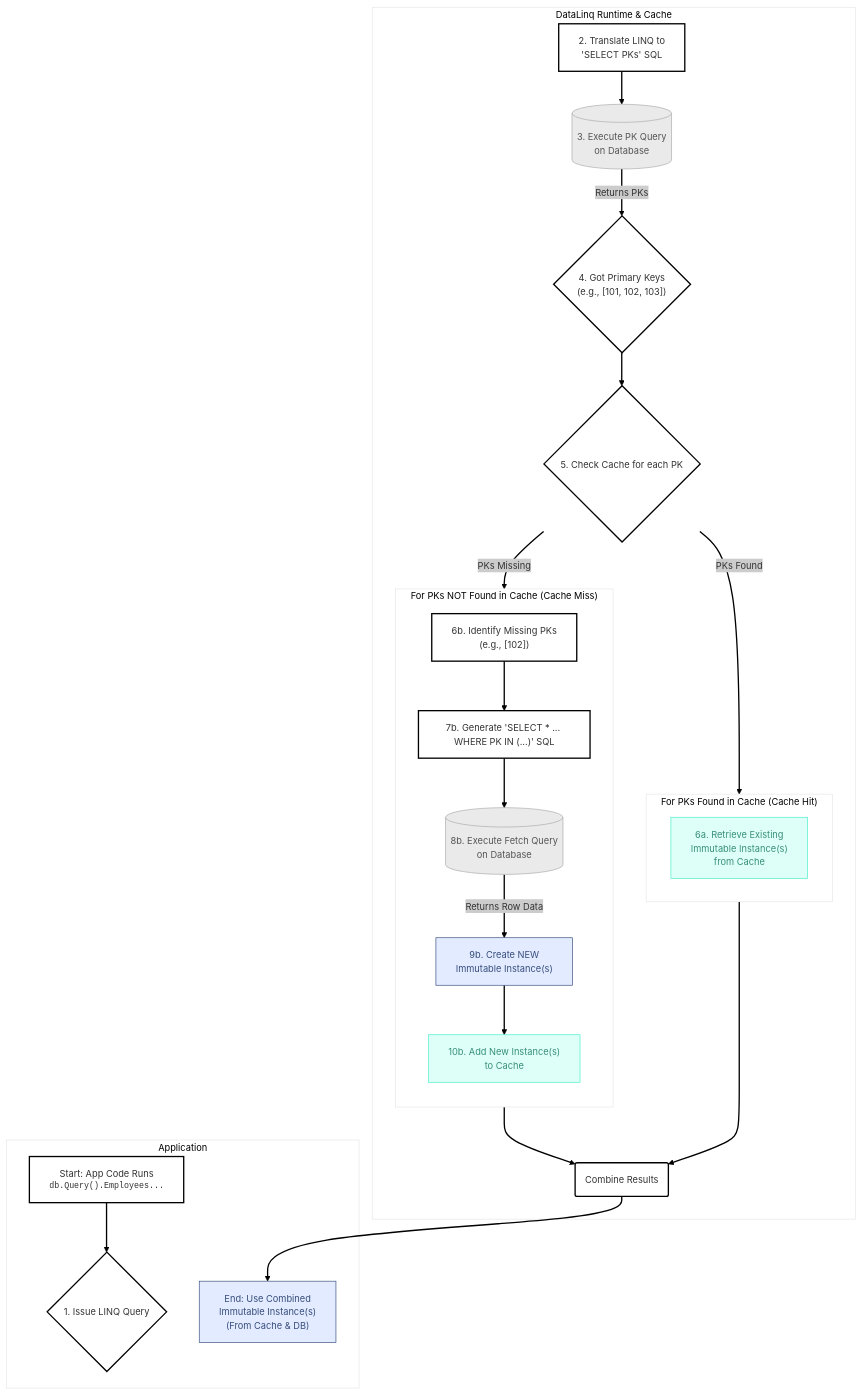
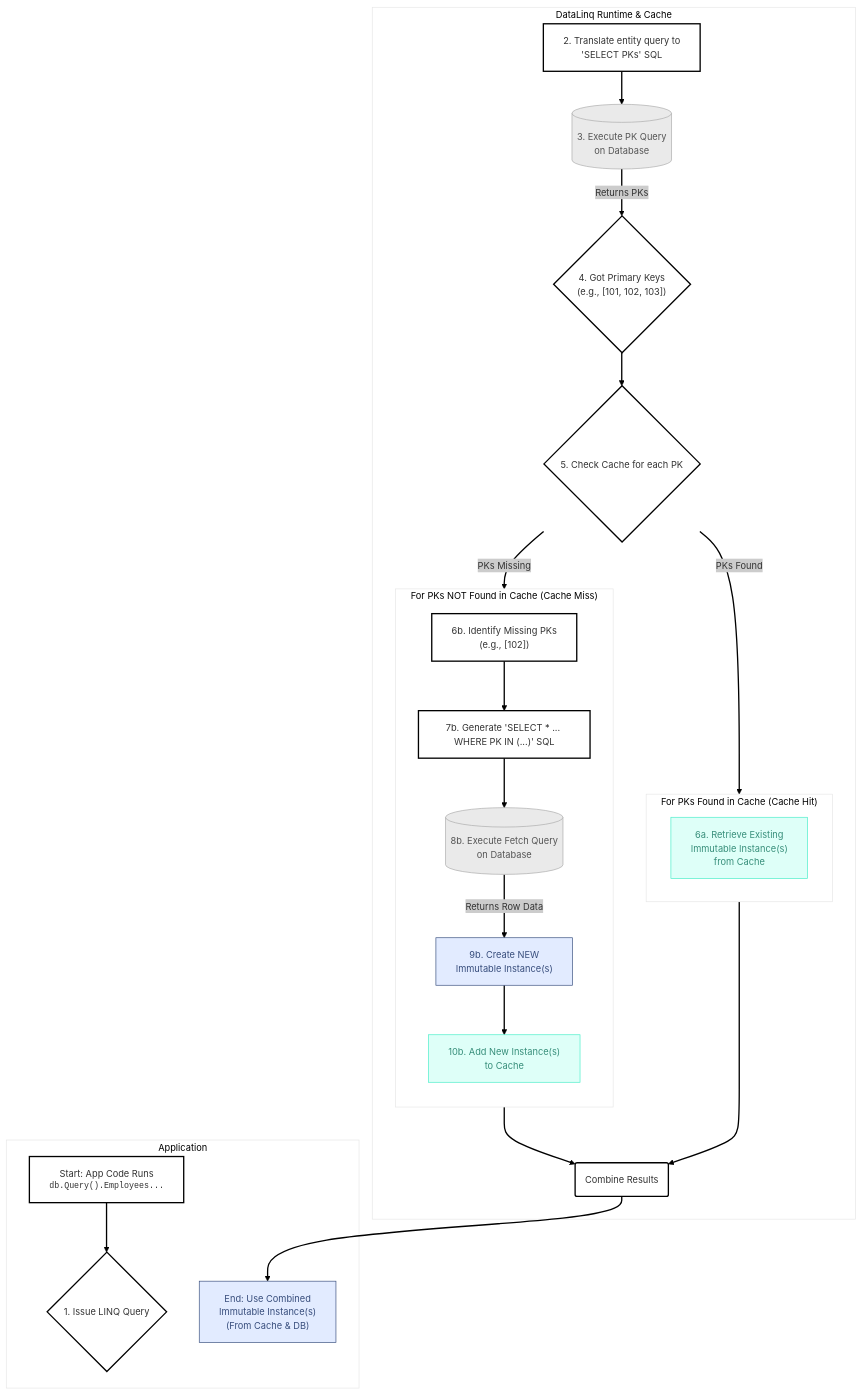
The first of 2 diagrams in docs/Caching and Mutation.md (bazer/DataLinq), drawn with Mermaid before and after one commit. The commit also changed other lines of this file and 4 other files, not shown here.

````diff
--- a/docs/Caching and Mutation.md
+++ b/docs/Caching and Mutation.md
@@ -23,45 +25,45 @@
 ```mermaid
 ---
 config:
   theme: neo
   look: classic
 ---
 flowchart TD
     subgraph Application
         A["Start: App Code Runs<br/><div style='font-family:monospace; font-size:0.9em;'>db.Query().Employees...</div>"] --> B{"1. Issue LINQ Query"}
         K["End: Use Combined<br/>Immutable Instance(s)<br/>(From Cache & DB)"]:::AppStyle
     end
 
     subgraph "DataLinq Runtime & Cache"
-        C["2. Translate LINQ to<br/>'SELECT PKs' SQL"] --> D[("3. Execute PK Query<br/>on Database")]:::DatabaseStyle
+        C["2. Translate entity query to<br/>'SELECT PKs' SQL"] --> D[("3. Execute PK Query<br/>on Database")]:::DatabaseStyle
         D -- Returns PKs --> E{"4. Got Primary Keys<br/>(e.g., [101, 102, 103])"}
         E --> F{"5. Check Cache for each PK"}
 
         subgraph "For PKs Found in Cache (Cache Hit)"
           direction LR
           G["6a. Retrieve Existing<br/>Immutable Instance(s)<br/>from Cache"]:::Aqua
         end
 
         subgraph "For PKs NOT Found in Cache (Cache Miss)"
           direction TB
           H["6b. Identify Missing PKs<br/>(e.g., [102])"] --> I["7b. Generate 'SELECT * ... WHERE PK IN (...)' SQL"]
           I --> J[("8b. Execute Fetch Query<br/>on Database")]:::DatabaseStyle
           J -- Returns Row Data --> L["9b. Create NEW<br/>Immutable Instance(s)"]:::Sky
           L --> M["10b. Add New Instance(s)<br/>to Cache"]:::Aqua
         end
 
         F -- PKs Found --> G
         F -- PKs Missing --> H
 
         G --> CombineEnd("Combine Results")
         M --> CombineEnd
     end
 
     CombineEnd --> K
 
     classDef Aqua stroke-width:1px, stroke:#46EDC8, fill:#DEFFF8, color:#378E7A
     classDef Sky stroke-width:1px, stroke:#374D7C, fill:#E2EBFF, color:#374D7C
     classDef AppStyle stroke-width:1px, stroke:#374D7C, fill:#E2EBFF, color:#374D7C
     classDef DatabaseStyle stroke-width:1px, stroke:#AAAAAA, fill:#EAEAEA, color:#555555
     linkStyle default stroke:#000000
 ```
````
